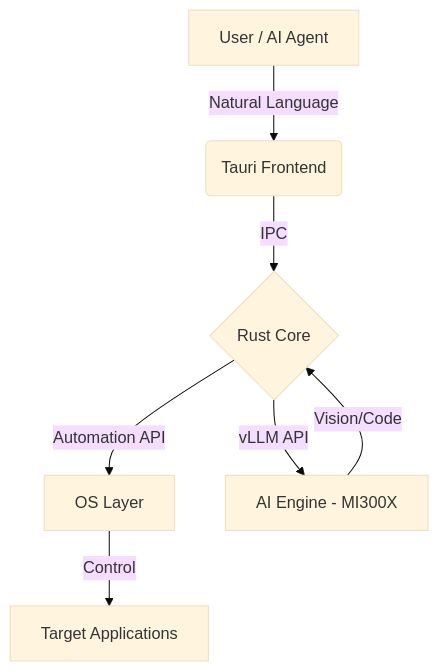
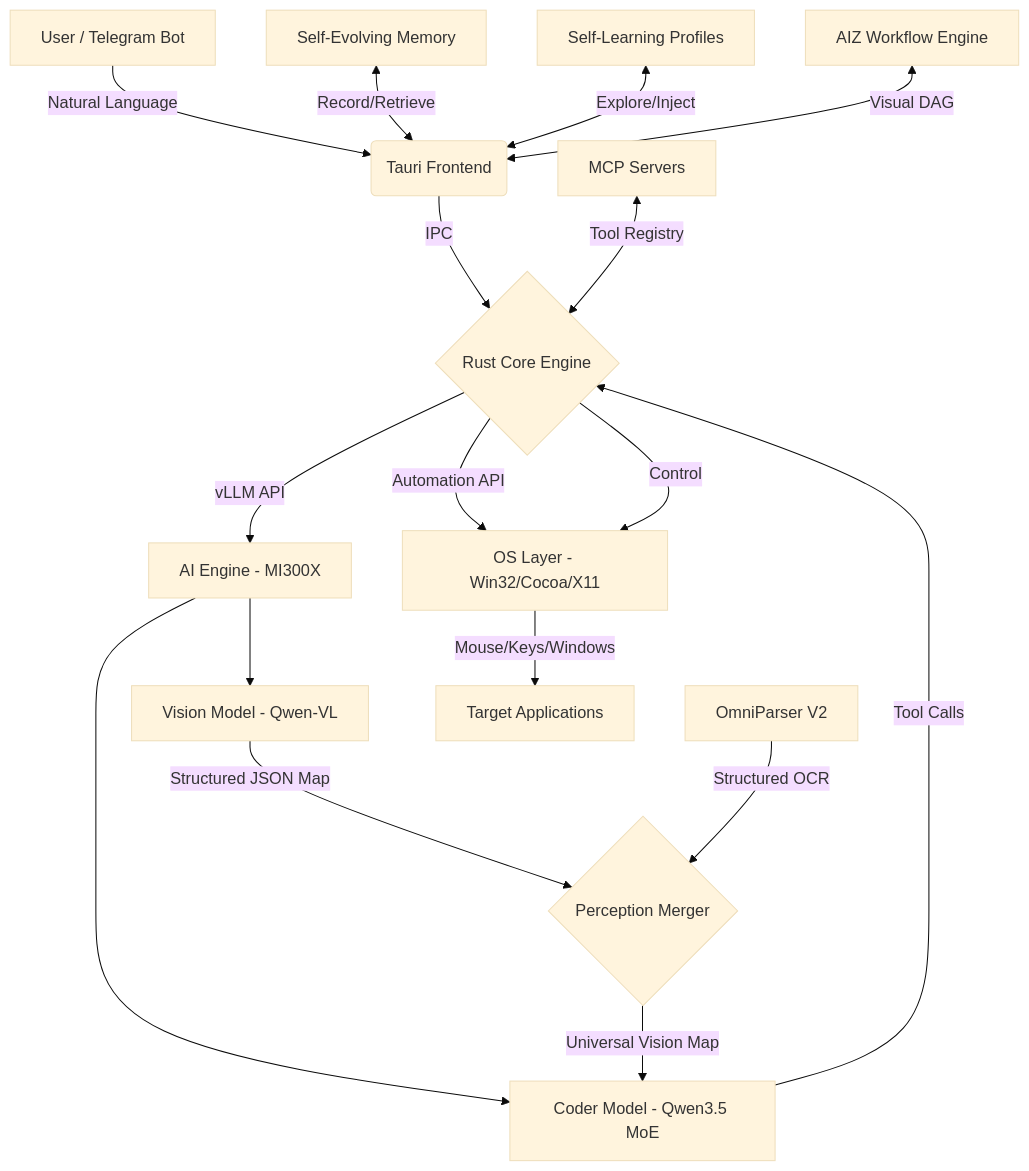
The diagram in README.md (Zrald1/catog-automation), drawn with Mermaid (base theme) before and after one commit. The commit also changed other lines of this file and 4 other files, not shown here.

````diff
--- a/README.md
+++ b/README.md
@@ -36,9 +225,23 @@
 ```mermaid
 graph TD
-    A[User / AI Agent] -->|Natural Language| B(Tauri Frontend)
-    B -->|IPC| C{Rust Core}
-    C -->|Automation API| D[OS Layer]
+    A[User / Telegram Bot] -->|Natural Language| B(Tauri Frontend)
+    B -->|IPC| C{Rust Core Engine}
+    C -->|Automation API| D[OS Layer - Win32/Cocoa/X11]
     C -->|vLLM API| E[AI Engine - MI300X]
-    D -->|Control| F[Target Applications]
-    E -->|Vision/Code| C
+
+    E --> E1[Vision Model - Qwen-VL]
+    E --> E2[Coder Model - Qwen3.5 MoE]
+
+    E1 -->|Structured JSON Map| F{Perception Merger}
+    G[OmniParser V2] -->|Structured OCR| F
+    F -->|Universal Vision Map| E2
+    E2 -->|Tool Calls| C
+
+    C -->|Control| D
+    D -->|Mouse/Keys/Windows| H[Target Applications]
+
+    I[Self-Evolving Memory] <-->|Record/Retrieve| B
+    J[Self-Learning Profiles] <-->|Explore/Inject| B
+    K[MCP Servers] <-->|Tool Registry| C
+    L[AIZ Workflow Engine] <-->|Visual DAG| B
 ```
````
